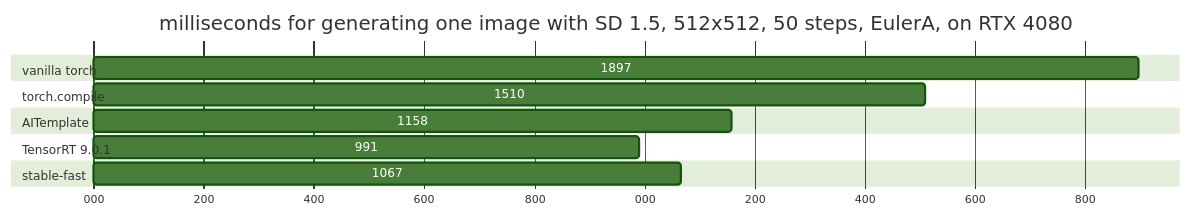
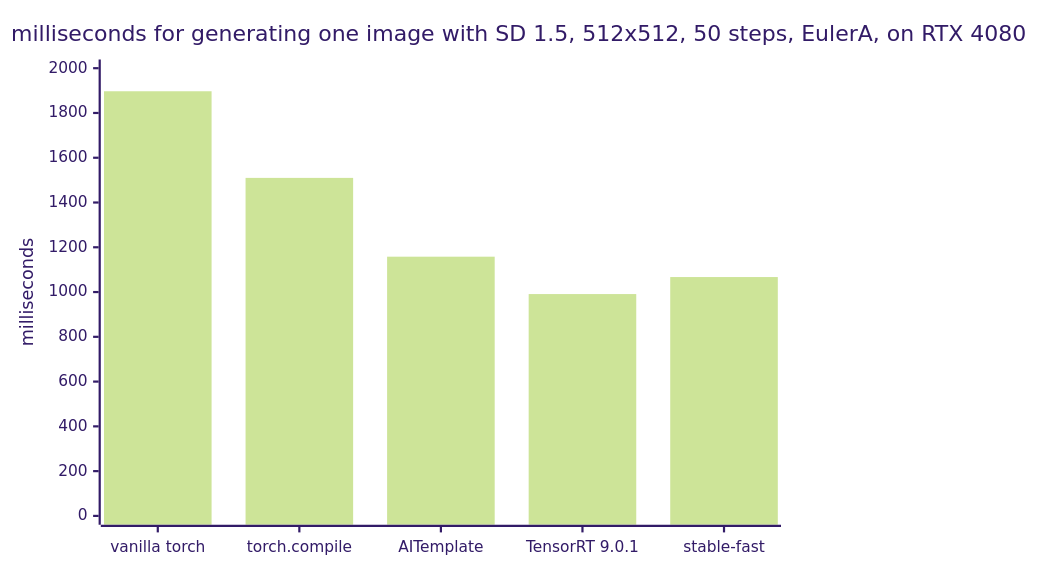
Before and after one commit to chengzeyi/stable-fast: the diagram in README.md, drawn with Mermaid (forest theme).

Commit message:
use xychart-beta

````diff
--- a/README.md
+++ b/README.md
@@ -11,17 +11,8 @@
 ```mermaid
-gantt
-    title milliseconds for generating one image with SD 1.5, 512x512, 50 steps, EulerA, on RTX 4080
-    dateFormat  x
-    axisFormat %L
+xychart-beta
+title "milliseconds for generating one image with SD 1.5, 512x512, 50 steps, EulerA, on RTX 4080"
+x-axis ["vanilla torch", "torch.compile", "AITemplate", "TensorRT 9.0.1", "stable-fast"]
+y-axis "milliseconds" 0 --> 2000
 
-    section vanilla torch
-    1897 : 0, 1897
-    section torch.compile
-    1510 : 0, 1510
-    section AITemplate
-    1158 : 0, 1158
-    section TensorRT 9.0.1
-    991  : 0, 991
-    section stable-fast
-    1067 : 0, 1067
+bar [1897, 1510, 1158, 991, 1067]
 ```
````
